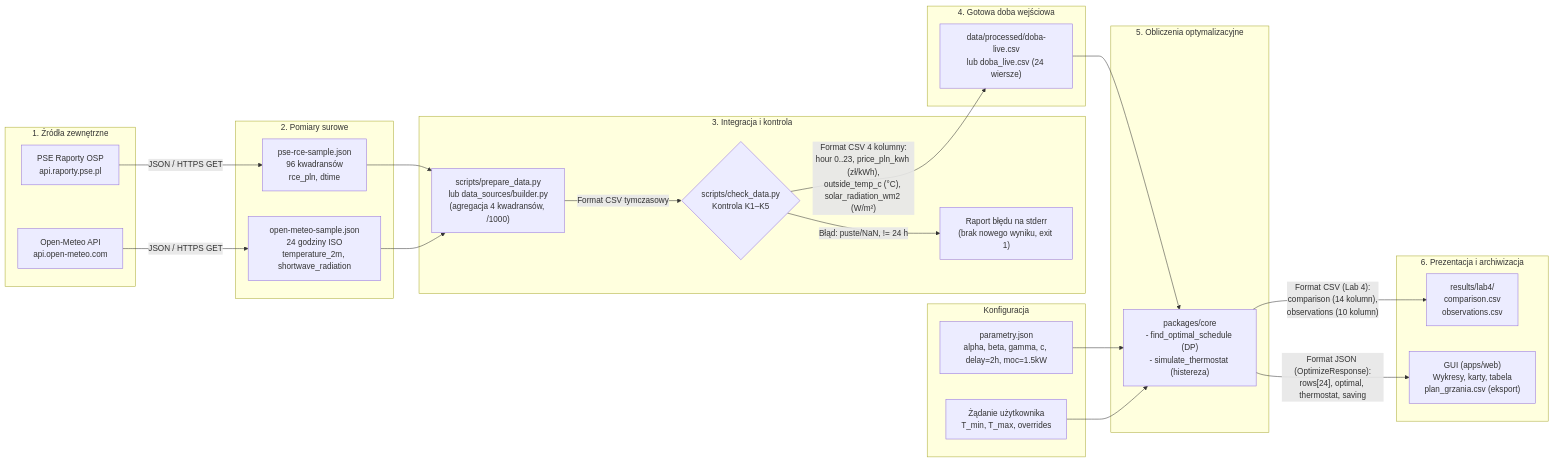
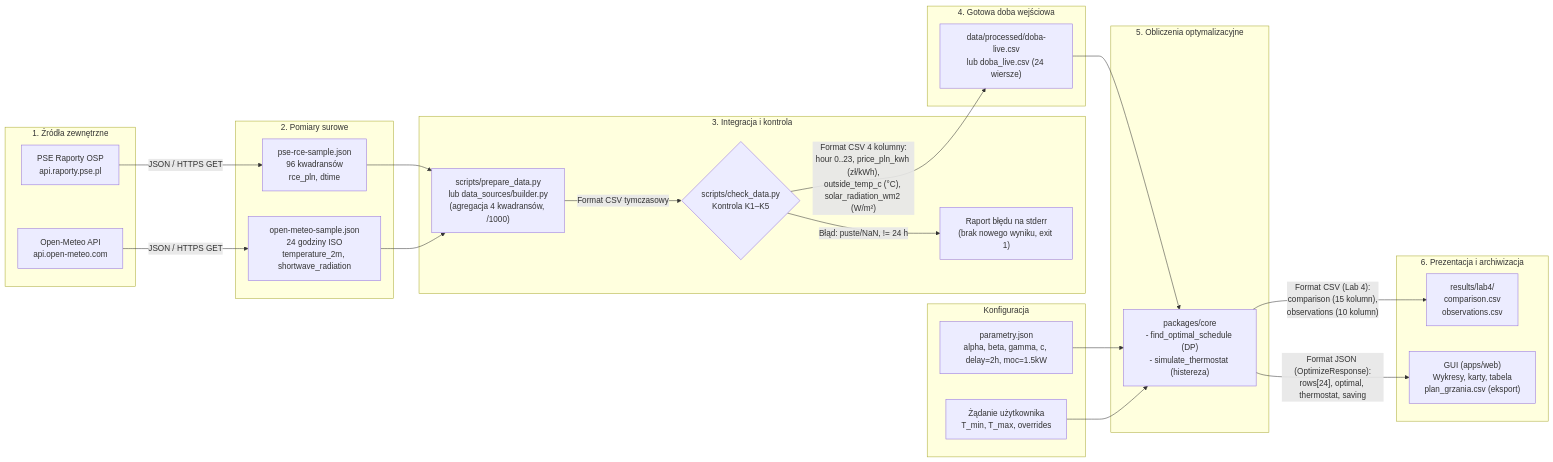
Before and after one commit to MazutK/UPOSiE---Projekt-informatyczny: the first of 2 diagrams in docs/architecture.md, drawn with Mermaid. The commit also changed other lines of this file, not shown here.

Commit message:
Lab 5: przegląd architektury (UC-01), poprawki §2.3 i §5, lista Issues

````diff
--- a/docs/architecture.md
+++ b/docs/architecture.md
@@ -332,53 +343,53 @@
 ```mermaid
 flowchart LR
     subgraph Zrodla["1. Źródła zewnętrzne"]
         PSE["PSE Raporty OSP<br/>api.raporty.pse.pl"]
         METEO["Open-Meteo API<br/>api.open-meteo.com"]
     end
 
     subgraph Surowe["2. Pomiary surowe"]
         PSE_RAW["pse-rce-sample.json<br/>96 kwadransów<br/>rce_pln, dtime"]
         MET_RAW["open-meteo-sample.json<br/>24 godziny ISO<br/>temperature_2m, shortwave_radiation"]
     end
 
     subgraph Przetwarzanie["3. Integracja i kontrola"]
         PREP["scripts/prepare_data.py<br/>lub data_sources/builder.py<br/>(agregacja 4 kwadransów, /1000)"]
         CHECK{"scripts/check_data.py<br/>Kontrola K1–K5"}
         REJECT["Raport błędu na stderr<br/>(brak nowego wyniku, exit 1)"]
     end
 
     subgraph DobaPrzetworzona["4. Gotowa doba wejściowa"]
         CSV_LIVE["data/processed/doba-live.csv<br/>lub doba_live.csv (24 wiersze)"]
     end
 
     subgraph ModelBudynku["Konfiguracja"]
         PARAMS["parametry.json<br/>alpha, beta, gamma, c, delay=2h, moc=1.5kW"]
         REQ["Żądanie użytkownika<br/>T_min, T_max, overrides"]
     end
 
     subgraph Silnik["5. Obliczenia optymalizacyjne"]
         ENGINE["packages/core<br/>- find_optimal_schedule (DP)<br/>- simulate_thermostat (histereza)"]
     end
 
     subgraph Wyjscie["6. Prezentacja i archiwizacja"]
         CLI_RES["results/lab4/<br/>comparison.csv<br/>observations.csv"]
         WEB_RES["GUI (apps/web)<br/>Wykresy, karty, tabela<br/>plan_grzania.csv (eksport)"]
     end
 
     PSE -->|"JSON / HTTPS GET"| PSE_RAW
     METEO -->|"JSON / HTTPS GET"| MET_RAW
 
     PSE_RAW --> PREP
     MET_RAW --> PREP
 
     PREP -->|"Format CSV tymczasowy"| CHECK
     CHECK -->|"Błąd: puste/NaN, != 24 h"| REJECT
     CHECK -->|"Format CSV 4 kolumny:<br/>hour 0..23, price_pln_kwh (zł/kWh),<br/>outside_temp_c (°C), solar_radiation_wm2 (W/m²)"| CSV_LIVE
 
     CSV_LIVE --> ENGINE
     PARAMS --> ENGINE
     REQ --> ENGINE
 
-    ENGINE -->|"Format CSV (Lab 4):<br/>comparison (14 kolumn),<br/>observations (10 kolumn)"| CLI_RES
+    ENGINE -->|"Format CSV (Lab 4):<br/>comparison (15 kolumn),<br/>observations (10 kolumn)"| CLI_RES
     ENGINE -->|"Format JSON (OptimizeResponse):<br/>rows[24], optimal, thermostat, saving"| WEB_RES
 ```
````
